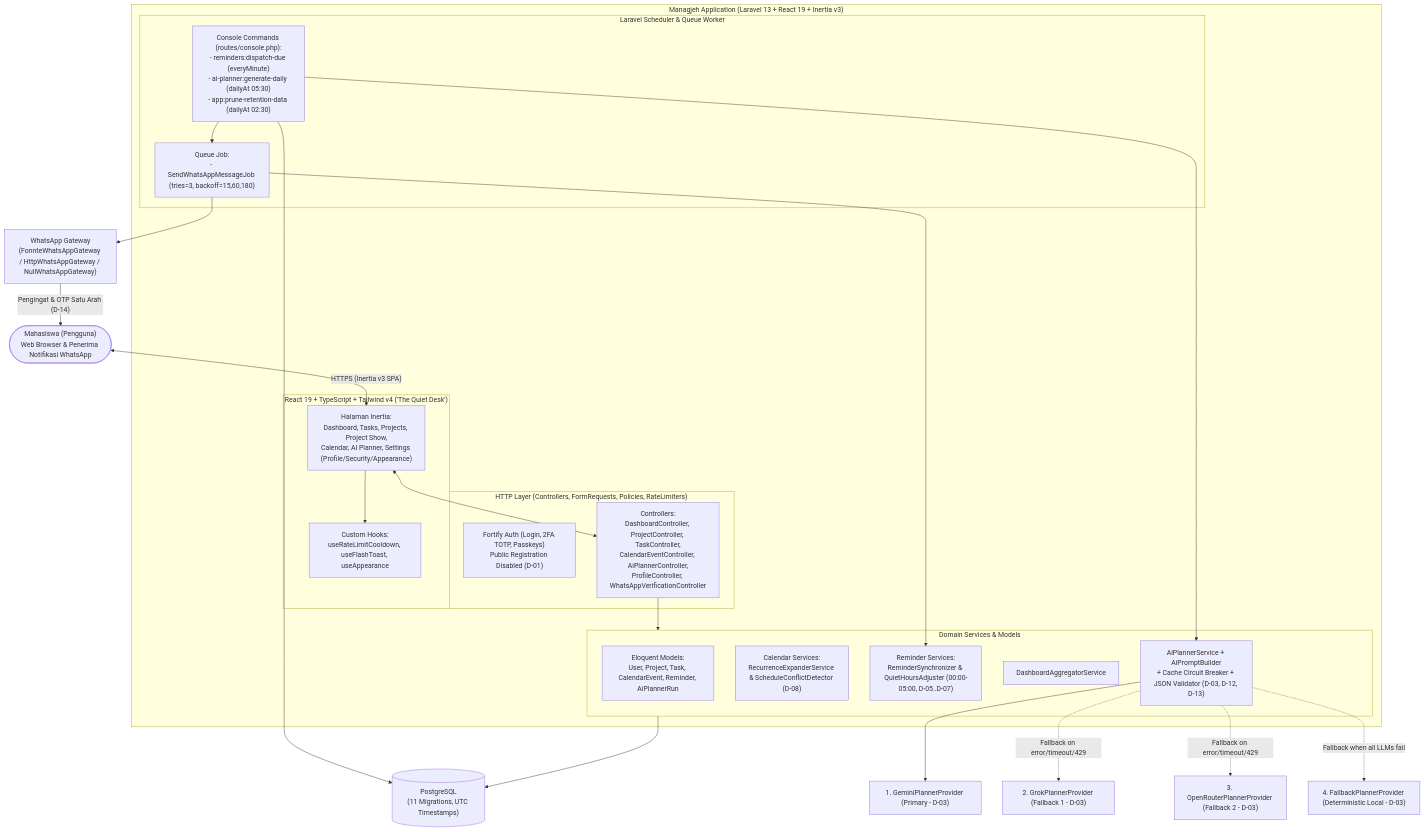
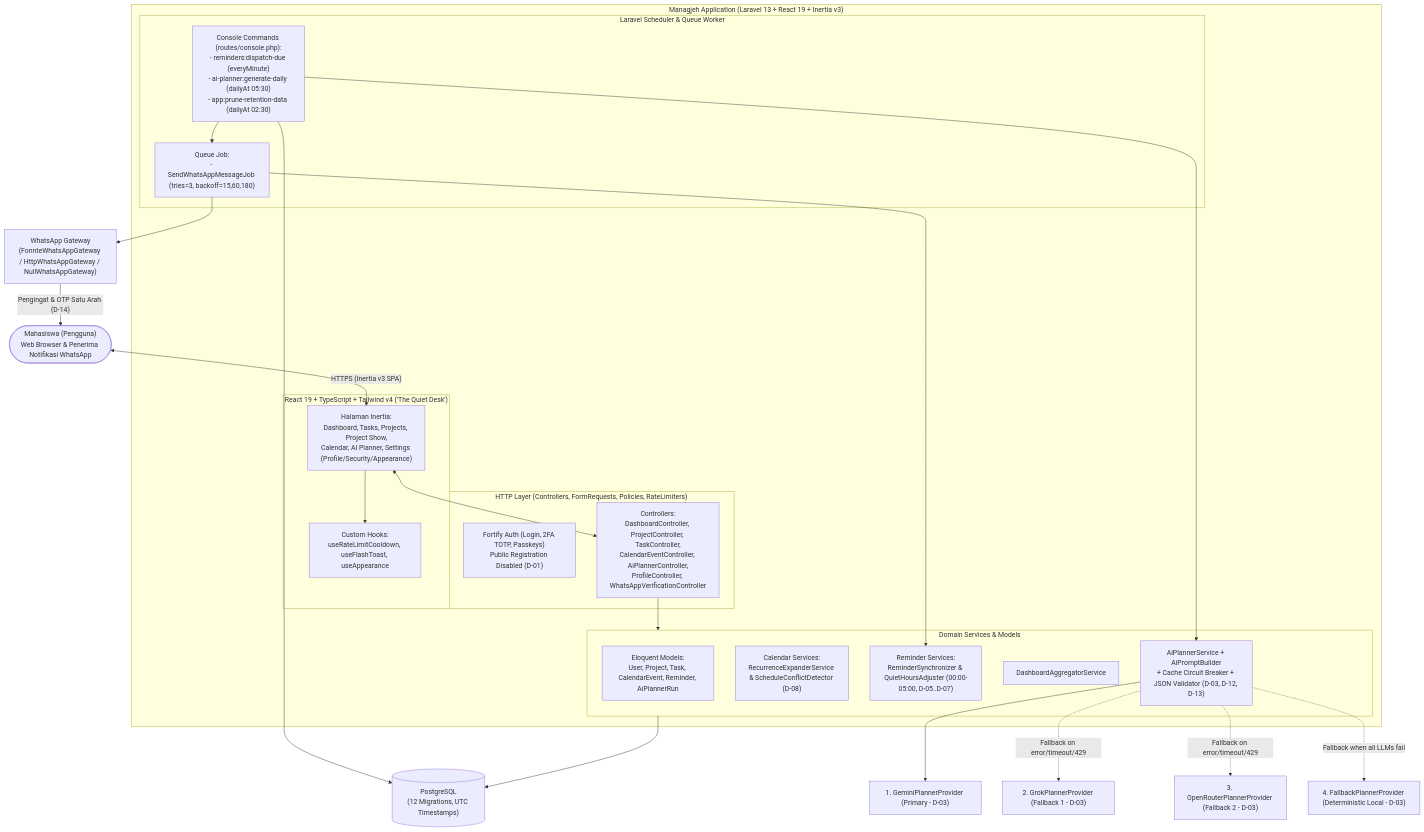
One commit to fardhanfahrezy/managjeh_react changed the first of 2 diagrams in docs/SYSTEM_ARCHITECTURE.md. Above: the diagram before and after it, drawn with Mermaid. The commit also changed other lines of this file and 13 other files, not shown here.

Commit message:
docs: synchronize MVP 2 architecture, database schema, security, and agent guides

````diff
--- a/docs/SYSTEM_ARCHITECTURE.md
+++ b/docs/SYSTEM_ARCHITECTURE.md
@@ -17,52 +17,52 @@
 ```mermaid
 flowchart TB
     User(["Mahasiswa (Pengguna)\nWeb Browser & Penerima Notifikasi WhatsApp"])
 
     subgraph App["Managjeh Application (Laravel 13 + React 19 + Inertia v3)"]
         subgraph Frontend["React 19 + TypeScript + Tailwind v4 ('The Quiet Desk')"]
             Pages["Halaman Inertia:\nDashboard, Tasks, Projects, Project Show,\nCalendar, AI Planner, Settings (Profile/Security/Appearance)"]
             Hooks["Custom Hooks:\nuseRateLimitCooldown, useFlashToast, useAppearance"]
         end
 
         subgraph HttpLayer["HTTP Layer (Controllers, FormRequests, Policies, RateLimiters)"]
             AuthCtrl["Fortify Auth (Login, 2FA TOTP, Passkeys)\nPublic Registration Disabled (D-01)"]
             DomainCtrl["Controllers:\nDashboardController, ProjectController, TaskController,\nCalendarEventController, AiPlannerController,\nProfileController, WhatsAppVerificationController"]
         end
 
         subgraph DomainLayer["Domain Services & Models"]
             Models["Eloquent Models:\nUser, Project, Task, CalendarEvent, Reminder, AiPlannerRun"]
             CalSvc["Calendar Services:\nRecurrenceExpanderService & ScheduleConflictDetector (D-08)"]
             RemSvc["Reminder Services:\nReminderSynchronizer & QuietHoursAdjuster (00:00-05:00, D-05..D-07)"]
             DashSvc["DashboardAggregatorService"]
             PlannerSvc["AiPlannerService + AiPromptBuilder\n+ Cache Circuit Breaker + JSON Validator (D-03, D-12, D-13)"]
         end
 
         subgraph AsyncLayer["Laravel Scheduler & Queue Worker"]
             Scheduler["Console Commands (routes/console.php):\n- reminders:dispatch-due (everyMinute)\n- ai-planner:generate-daily (dailyAt 05:30)\n- app:prune-retention-data (dailyAt 02:30)"]
             Jobs["Queue Job:\n- SendWhatsAppMessageJob (tries=3, backoff=15,60,180)"]
         end
     end
 
-    DB[("PostgreSQL\n(11 Migrations, UTC Timestamps)")]
+    DB[("PostgreSQL\n(12 Migrations, UTC Timestamps)")]
     WaGateway["WhatsApp Gateway\n(FonnteWhatsAppGateway / HttpWhatsAppGateway / NullWhatsAppGateway)"]
     Gemini["1. GeminiPlannerProvider (Primary - D-03)"]
     Grok["2. GrokPlannerProvider (Fallback 1 - D-03)"]
     OpenRouter["3. OpenRouterPlannerProvider (Fallback 2 - D-03)"]
     RuleFallback["4. FallbackPlannerProvider (Deterministic Local - D-03)"]
 
     User <-->|"HTTPS (Inertia v3 SPA)"| Pages
     Pages --> Hooks
     Pages <--> DomainCtrl
     DomainCtrl --> DomainLayer
     DomainLayer --> DB
     Scheduler --> Jobs
     Scheduler --> PlannerSvc
     Scheduler --> DB
     Jobs --> RemSvc
     Jobs --> WaGateway
     WaGateway -->|"Pengingat & OTP Satu Arah (D-14)"| User
     PlannerSvc --> Gemini
     PlannerSvc -.->|"Fallback on error/timeout/429"| Grok
     PlannerSvc -.->|"Fallback on error/timeout/429"| OpenRouter
     PlannerSvc -.->|"Fallback when all LLMs fail"| RuleFallback
 ```
````
